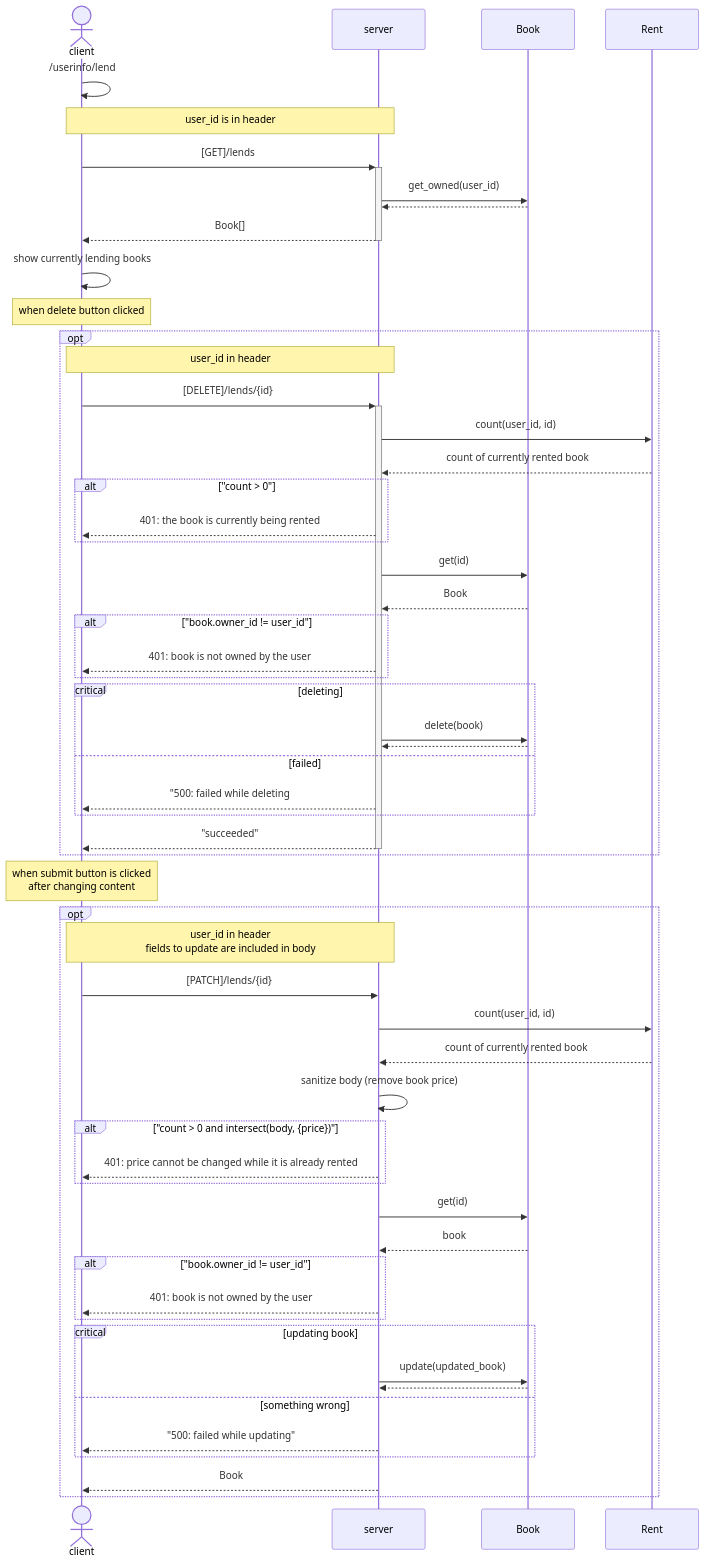
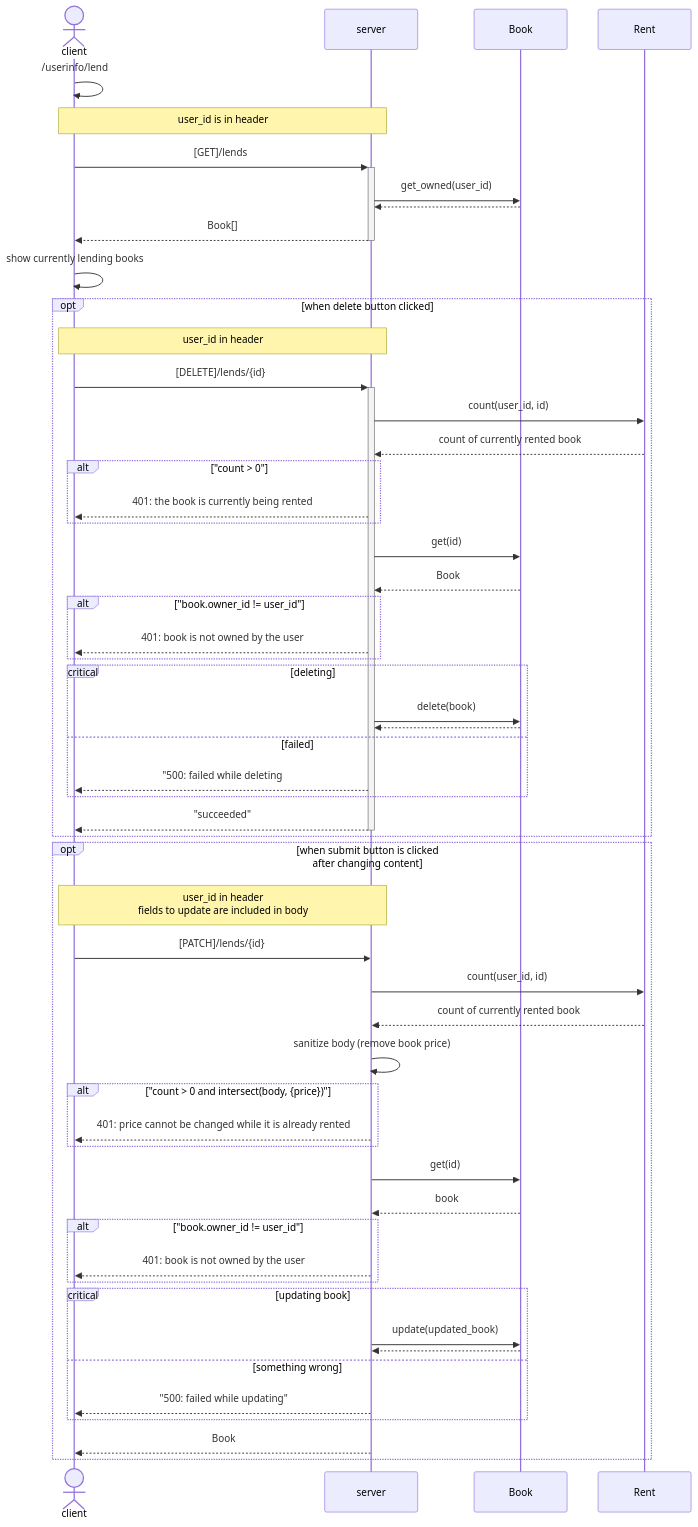
One commit to wootra/book-share changed the ninth of 9 diagrams in README.md. Above: the diagram before and after it, drawn with Mermaid. The commit also changed other lines of this file, not shown here.

````diff
--- a/README.md
+++ b/README.md
@@ -262,63 +261,61 @@
 ```mermaid
 sequenceDiagram
 actor client
 client ->> client : /userinfo/lend
 Note over client, server: user_id is in header
 client ->> +server: [GET]/lends
     server ->> Book: get_owned(user_id)
     Book -->> server: 
 server -->> -client: Book[]
 client ->> client: show currently lending books
-Note over client: when delete button clicked
 
-opt
+opt when delete button clicked
     Note over client,server: user_id in header
     client ->> +server: [DELETE]/lends/{id}
         server ->> Rent: count(user_id, id)
         Rent -->> server: count of currently rented book
         alt "count > 0"
             server -->> client: 401: the book is currently being rented
         end
         server ->> Book: get(id)
         Book -->> server: Book
         alt "book.owner_id != user_id"
             server -->> client: 401: book is not owned by the user
         end
         critical deleting
             server ->> Book : delete(book)
             Book -->> server: 
         option failed
             server -->> client: "500: failed while deleting
         end
        
     server -->> -client: "succeeded"
 end
 
-Note over client: when submit button is clicked <br/> after changing content
-opt
+opt when submit button is clicked <br/> after changing content
     Note over client,server: user_id in header<br/> fields to update are included in body
     client ->> server: [PATCH]/lends/{id}
         server ->> Rent: count(user_id, id)
         Rent -->> server: count of currently rented book
         
         server ->> server : sanitize body (remove book price)
         
         alt "count > 0 and intersect(body, {price})"
             server -->> client:  401: price cannot be changed while it is already rented
         end
         server ->> Book: get(id)
         Book -->> server: book
 
         alt "book.owner_id != user_id"
             server -->> client: 401: book is not owned by the user
         end
         critical updating book
             server ->> Book: update(updated_book)
             Book -->> server: 
         option something wrong
             server -->> client: "500: failed while updating"
         end
     server -->> client: Book
 end
 
 ```
````
